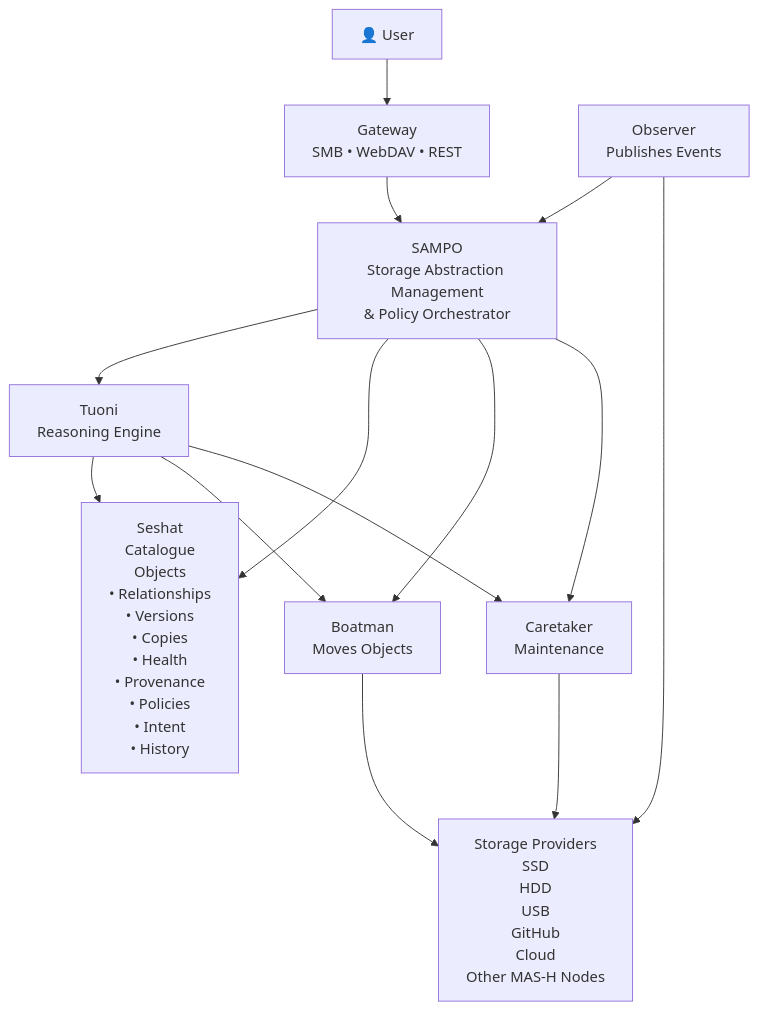
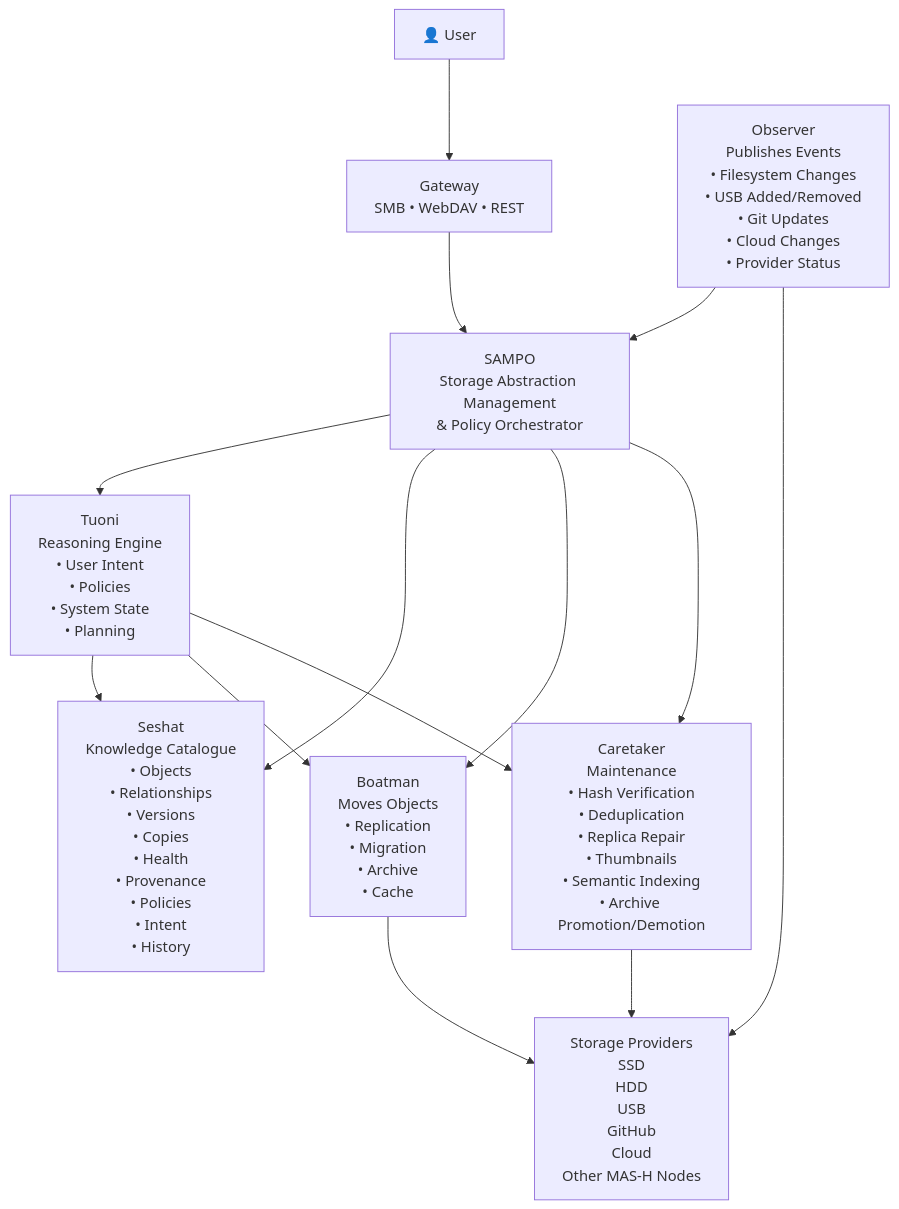
One commit to R2Pitou/Mas-h changed the diagram in README.md. Above: the diagram before and after it, drawn with Mermaid.

````diff
--- a/README.md
+++ b/README.md
@@ -38,33 +38,33 @@
 ```mermaid
 flowchart TB
     User["👤 User"]
 
     Gateway["Gateway\nSMB • WebDAV • REST"]
     SAMPO["SAMPO\nStorage Abstraction Management\n& Policy Orchestrator"]
 
-    Tuoni["Tuoni\nReasoning Engine"]
-    Seshat["Seshat\nCatalogue\nObjects \n• Relationships \n• Versions \n• Copies \n• Health \n• Provenance \n• Policies \n• Intent \n• History"]
-    Boatman["Boatman\nMoves Objects"]
-    Observer["Observer\nPublishes Events"]
-    Caretaker["Caretaker\nMaintenance"]
+    Tuoni["Tuoni\nReasoning Engine\n• User Intent\n• Policies\n• System State\n• Planning"]
+    Seshat["Seshat\nKnowledge Catalogue\n• Objects\n• Relationships\n• Versions\n• Copies\n• Health\n• Provenance\n• Policies\n• Intent\n• History"]
+    Boatman["Boatman\nMoves Objects\n• Replication\n• Migration\n• Archive\n• Cache"]
+    Observer["Observer\nPublishes Events\n• Filesystem Changes\n• USB Added/Removed\n• Git Updates\n• Cloud Changes\n• Provider Status"]
+    Caretaker["Caretaker\nMaintenance\n• Hash Verification\n• Deduplication\n• Replica Repair\n• Thumbnails\n• Semantic Indexing\n• Archive Promotion/Demotion"]
 
     Storage["Storage Providers\nSSD\nHDD\nUSB\nGitHub\nCloud\nOther MAS-H Nodes"]
 
     User --> Gateway
     Gateway --> SAMPO
 
     Observer --> SAMPO
 
     SAMPO --> Tuoni
     SAMPO --> Seshat
     SAMPO --> Boatman
     SAMPO --> Caretaker
 
     Tuoni --> Seshat
     Tuoni --> Boatman
     Tuoni --> Caretaker
 
     Boatman --> Storage
     Observer --> Storage
     Caretaker --> Storage
 ```
````
